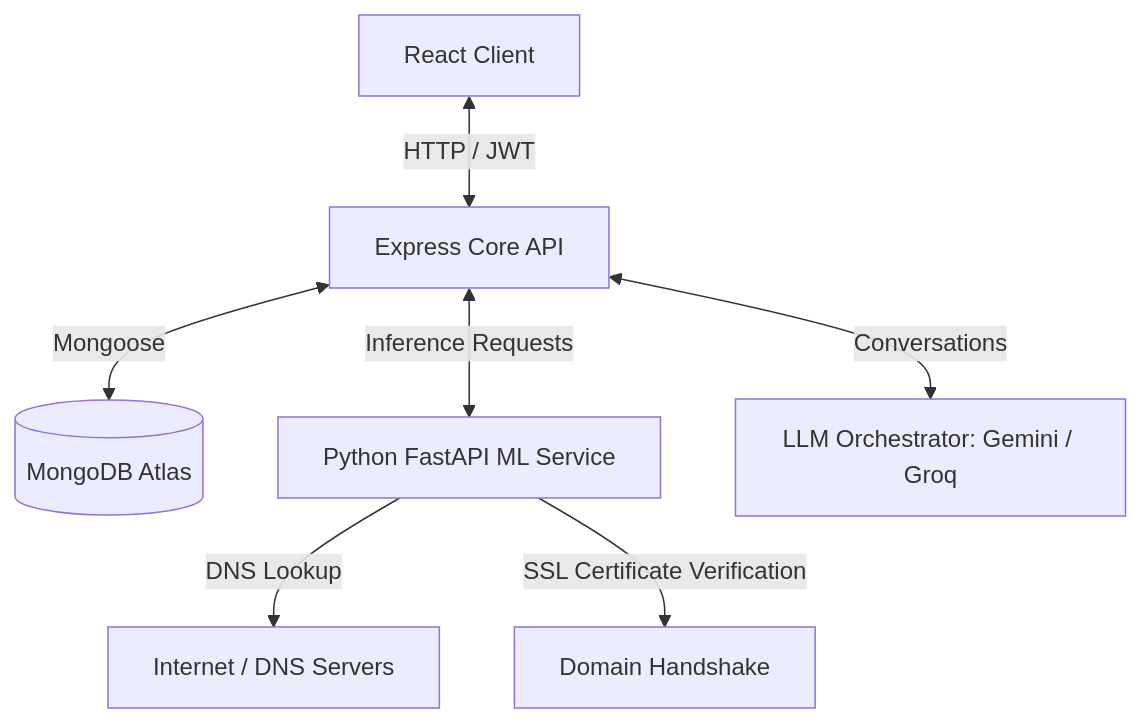
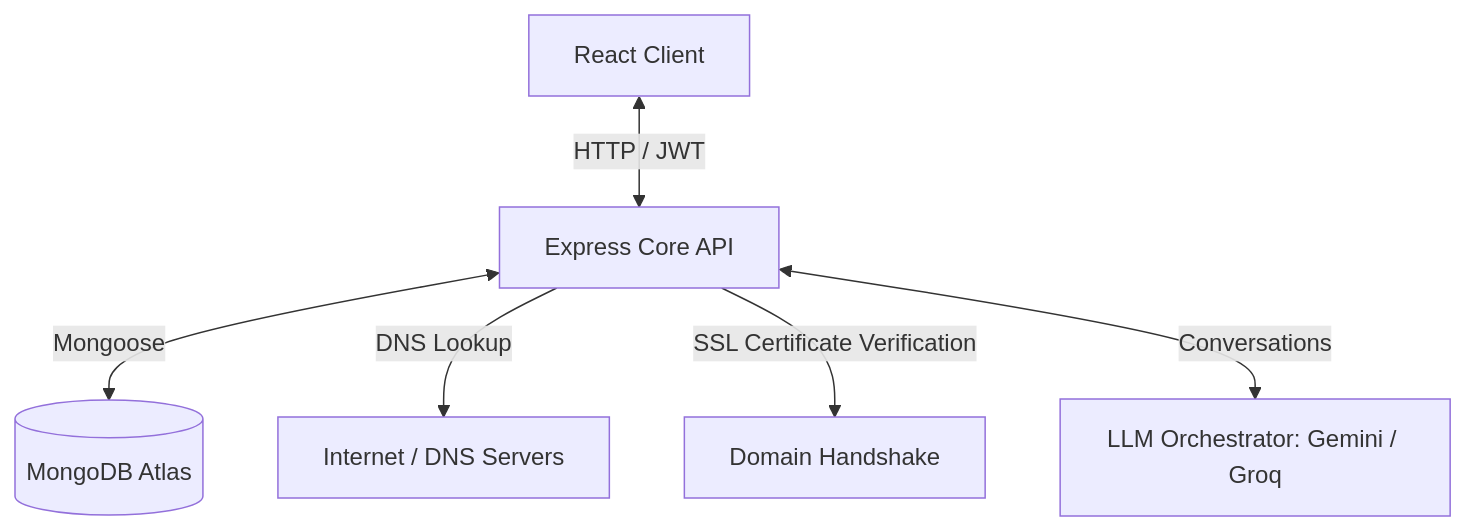
One commit to santhiyaoffcl/TruPhish changed the diagram in README.md. Above: the diagram before and after it, drawn with Mermaid. The commit also changed other lines of this file and 1627 other files, not shown here.

````diff
--- a/README.md
+++ b/README.md
@@ -56,9 +52,8 @@
 ```mermaid
 graph TD
     A[React Client] <-->|HTTP / JWT| B[Express Core API]
     B <-->|Mongoose| C[(MongoDB Atlas)]
-    B <-->|Inference Requests| D[Python FastAPI ML Service]
-    D -->|DNS Lookup| E[Internet / DNS Servers]
-    D -->|SSL Certificate Verification| F[Domain Handshake]
+    B -->|DNS Lookup| E[Internet / DNS Servers]
+    B -->|SSL Certificate Verification| F[Domain Handshake]
     B <-->|Conversations| G[LLM Orchestrator: Gemini / Groq]
 ```
````
